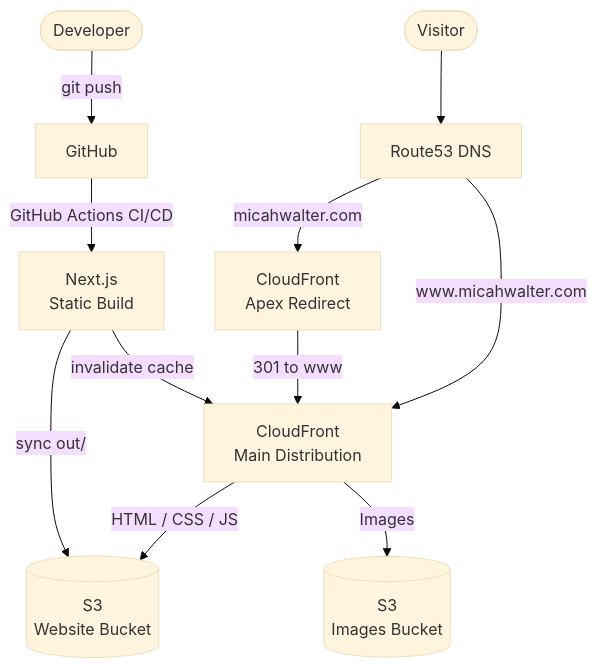
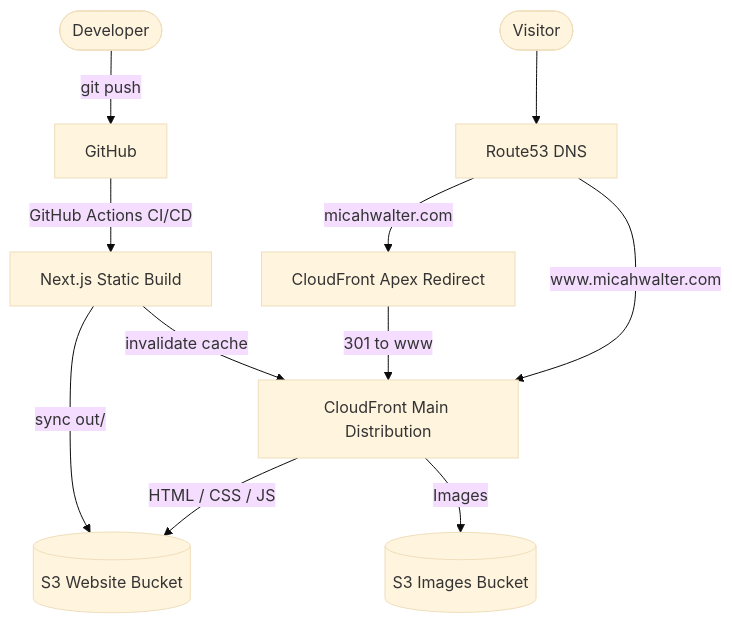
Before and after one commit to micahwalter/micahwalter-www: the diagram in README.md, drawn with Mermaid (base theme).

Commit message:
Fix Mermaid diagram labels for GitHub rendering

````diff
--- a/README.md
+++ b/README.md
@@ -7,16 +7,16 @@
 ```mermaid
 flowchart TD
     Visitor([Visitor]) --> R53[Route53 DNS]
 
-    R53 -->|www.micahwalter.com| CFMain[CloudFront\nMain Distribution]
-    R53 -->|micahwalter.com| CFApex[CloudFront\nApex Redirect]
+    R53 -->|www.micahwalter.com| CFMain[CloudFront Main Distribution]
+    R53 -->|micahwalter.com| CFApex[CloudFront Apex Redirect]
     CFApex -->|301 to www| CFMain
 
-    CFMain -->|HTML / CSS / JS| S3Web[(S3\nWebsite Bucket)]
-    CFMain -->|Images| S3Img[(S3\nImages Bucket)]
+    CFMain -->|HTML / CSS / JS| S3Web[(S3 Website Bucket)]
+    CFMain -->|Images| S3Img[(S3 Images Bucket)]
 
     Dev([Developer]) -->|git push| GH[GitHub]
-    GH -->|GitHub Actions CI/CD| Build[Next.js\nStatic Build]
+    GH -->|GitHub Actions CI/CD| Build[Next.js Static Build]
     Build -->|sync out/| S3Web
     Build -->|invalidate cache| CFMain
 ```
````
